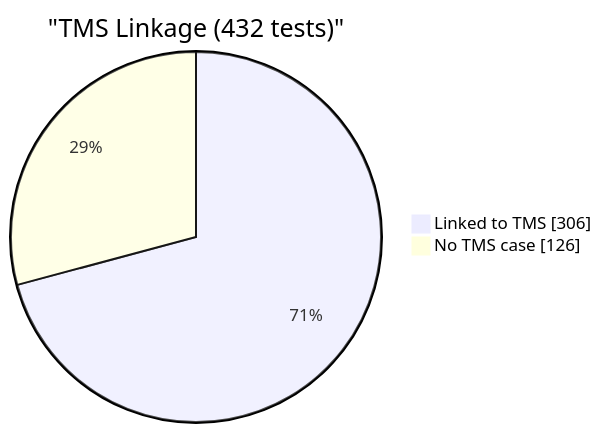
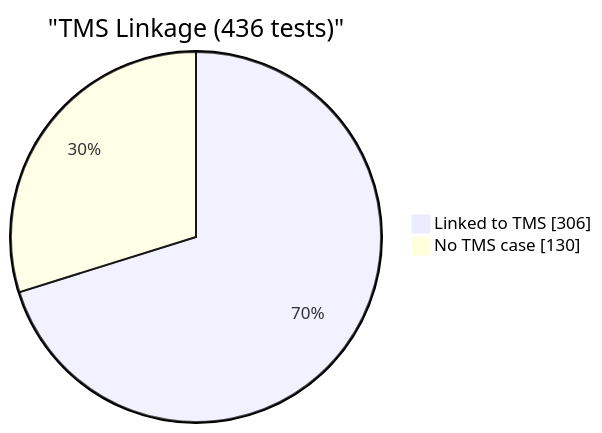
One commit to EliteaAI/onetest-ai-tm-Elitea changed the third of 3 diagrams in reports/dashboard.md. Above: the diagram before and after it, drawn with Mermaid. The commit also changed other lines of this file and 1 other file, not shown here.

````diff
--- a/reports/dashboard.md
+++ b/reports/dashboard.md
@@ -67,6 +67,6 @@
 ```mermaid
 pie showData
-    title "TMS Linkage (432 tests)"
+    title "TMS Linkage (436 tests)"
     "Linked to TMS" : 306
-    "No TMS case" : 126
+    "No TMS case" : 130
 ```
````
